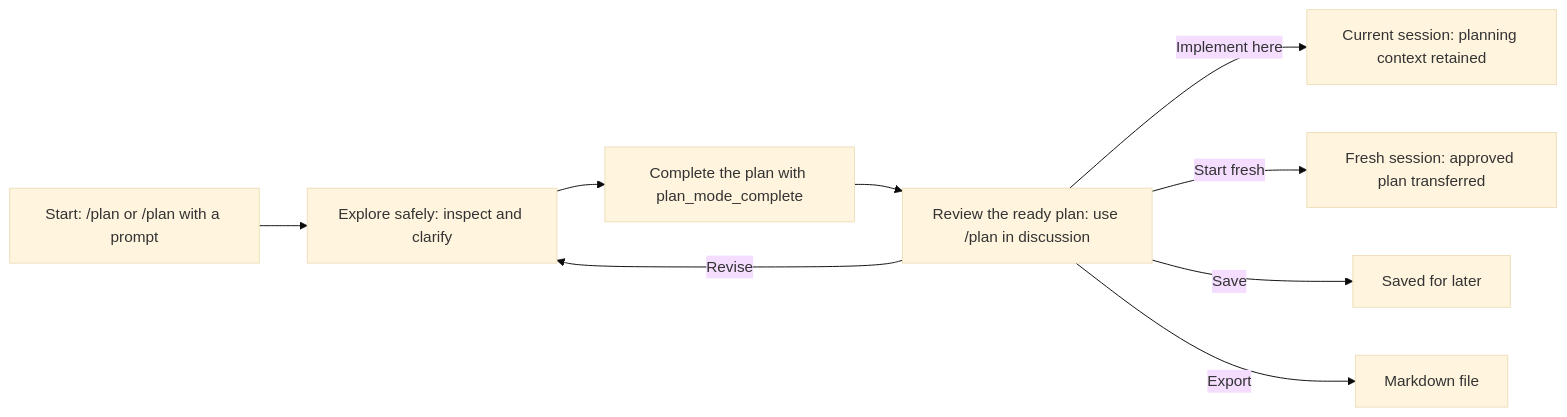
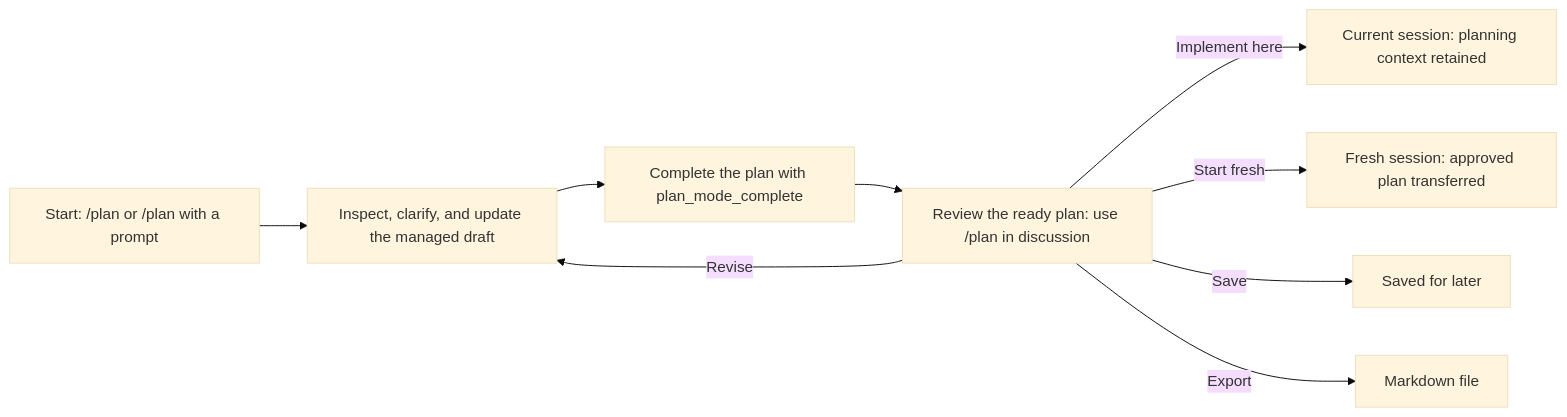
Before and after one commit to narumiruna/pi-extensions: the first of 2 diagrams in packages/pi-plan-mode/README.md, drawn with Mermaid (base theme). The commit also changed other lines of this file and 19 other files, not shown here.

````diff
--- a/packages/pi-plan-mode/README.md
+++ b/packages/pi-plan-mode/README.md
@@ -54,12 +55,12 @@
 ```mermaid
 flowchart LR
     start["Start: /plan or /plan with a prompt"]
-    start --> explore["Explore safely: inspect and clarify"]
+    start --> explore["Inspect, clarify, and update the managed draft"]
     explore --> complete["Complete the plan with plan_mode_complete"]
     complete --> review["Review the ready plan: use /plan in discussion"]
     review -->|Revise| explore
     review -->|Implement here| current["Current session: planning context retained"]
     review -->|Start fresh| fresh["Fresh session: approved plan transferred"]
     review -->|Save| saved["Saved for later"]
     review -->|Export| exported["Markdown file"]
 ```
````
